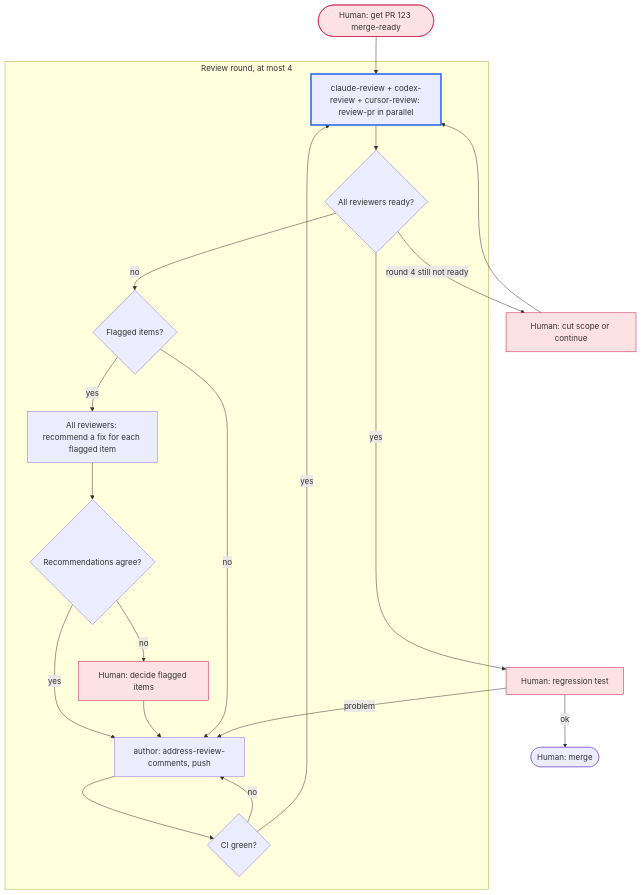
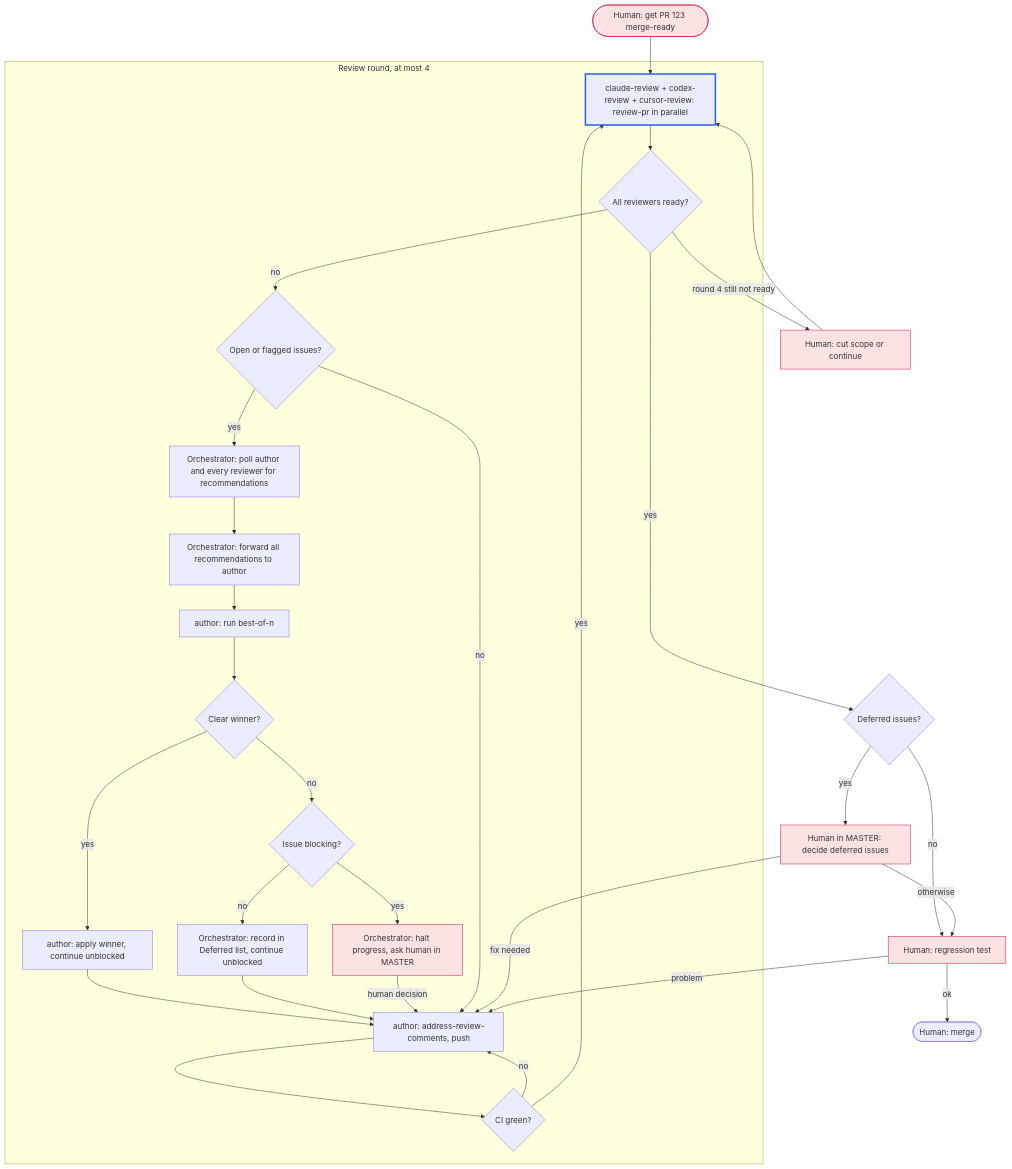
The diagram in workflows/pr-review-loop.md (asura1234/bus), drawn with Mermaid before and after one commit. The commit also changed other lines of this file and 2 other files, not shown here.

Commit message:
docs: route review issues through author best-of-n

````diff
--- a/workflows/pr-review-loop.md
+++ b/workflows/pr-review-loop.md
@@ -17,29 +17,39 @@
 ```mermaid
 flowchart TD
     start([Human: get PR 123 merge-ready]):::human --> review
 
     subgraph round [Review round, at most 4]
         review[claude-review + codex-review + cursor-review: review-pr in parallel]
         review --> ready{All reviewers ready?}
-        ready -- no --> flagged{Flagged items?}
-        flagged -- yes --> bestof[All reviewers: recommend a fix for each flagged item]
-        bestof --> pick{Recommendations agree?}
-        pick -- yes --> fix
-        pick -- no --> ask[Human: decide flagged items]:::human
-        ask --> fix
-        flagged -- no --> fix[author: address-review-comments, push]
+        ready -- no --> open{Open or flagged issues?}
+        open -- yes --> poll[Orchestrator: poll author and every reviewer for recommendations]
+        poll --> bestof[Orchestrator: forward all recommendations to author]
+        bestof --> rank[author: run best-of-n]
+        rank --> pick{Clear winner?}
+        pick -- yes --> apply[author: apply winner, continue unblocked]
+        apply --> fix
+        pick -- no --> blocking{Issue blocking?}
+        blocking -- no --> defer[Orchestrator: record in Deferred list, continue unblocked]
+        defer --> fix
+        blocking -- yes --> ask[Orchestrator: halt progress, ask human in MASTER]:::human
+        ask -- human decision --> fix
+        open -- no --> fix[author: address-review-comments, push]
         fix --> ci{CI green?}
         ci -- no --> fix
         ci -- yes --> review
     end
 
-    ready -- yes --> regress[Human: regression test]:::human
+    ready -- yes --> deferred{Deferred issues?}
+    deferred -- yes --> later[Human in MASTER: decide deferred issues]:::human
+    deferred -- no --> regress
+    later -- fix needed --> fix
+    later -- otherwise --> regress[Human: regression test]:::human
     ready -- round 4 still not ready --> stuck[Human: cut scope or continue]:::human
     stuck --> review
     regress -- problem --> fix
     regress -- ok --> merge([Human: merge])
 
     classDef human fill:#fde2e4,stroke:#c9184a
     classDef current stroke-width:3px,stroke:#2563eb
     class review current
 ```
````
